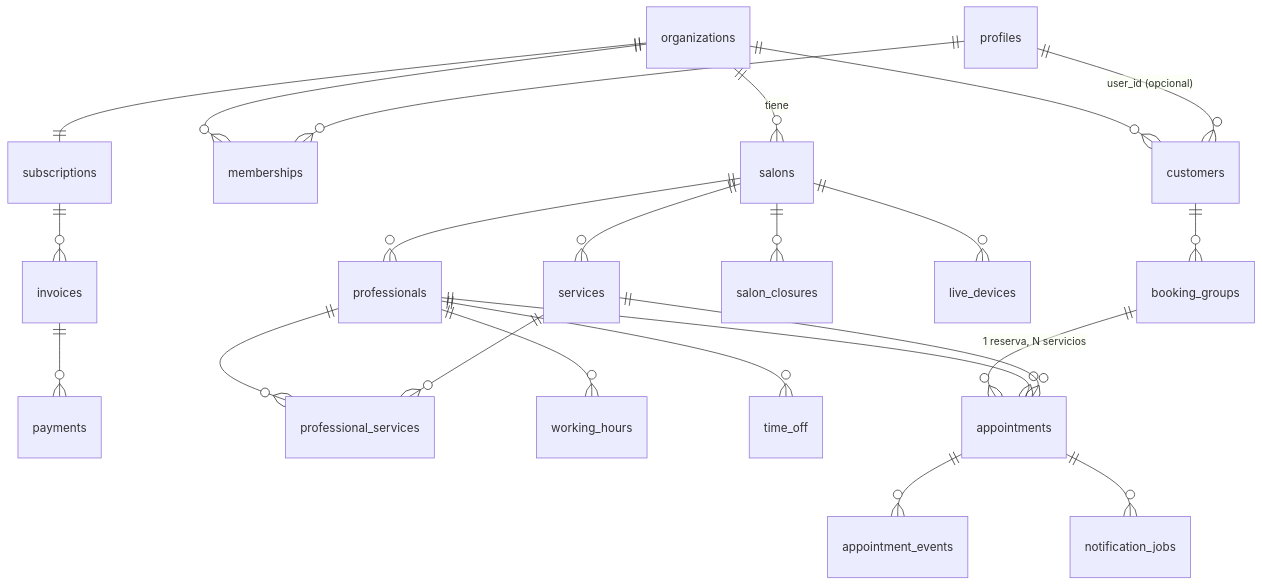
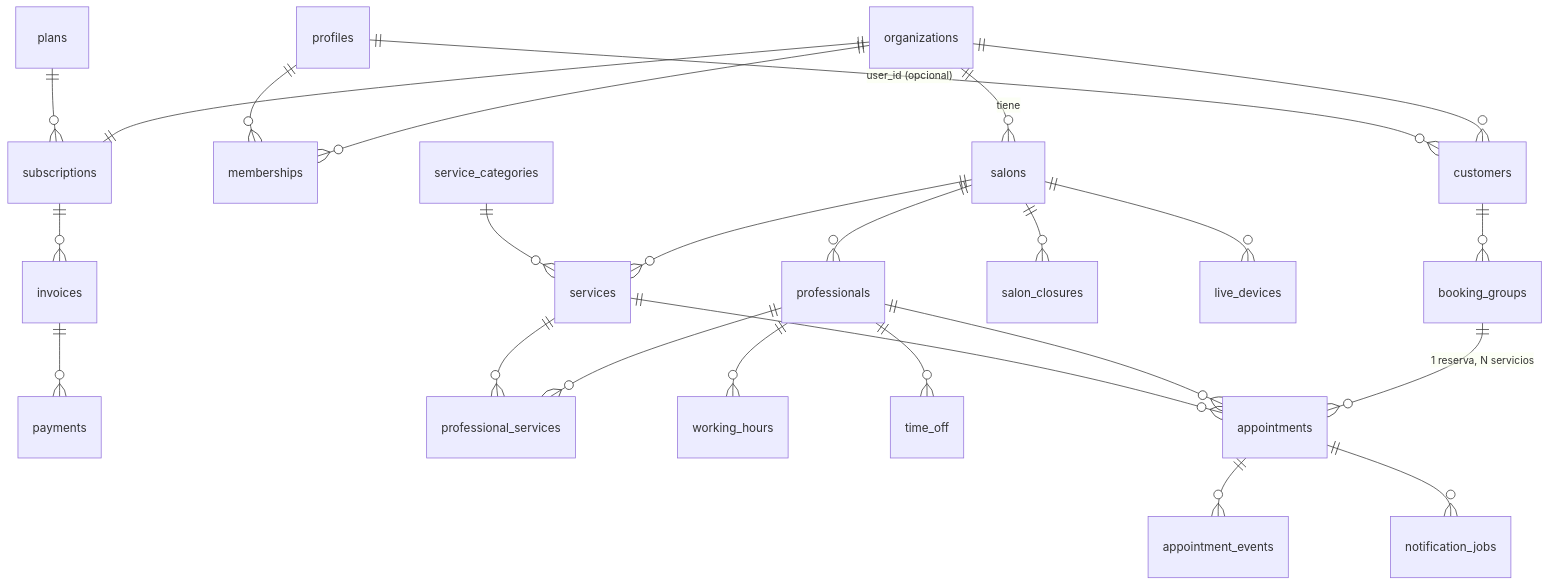
Before and after one commit to psacchristopherfamilia-alt/Breeze: the third of 3 diagrams in docs/PLAN.md, drawn with Mermaid. The commit also changed other lines of this file and 1 other file, not shown here.

````diff
--- a/docs/PLAN.md
+++ b/docs/PLAN.md
@@ -250,25 +254,27 @@
 ```mermaid
 erDiagram
   organizations ||--o{ salons : tiene
   organizations ||--o{ memberships : ""
   organizations ||--o{ customers : ""
   organizations ||--|| subscriptions : ""
   subscriptions ||--o{ invoices : ""
   invoices ||--o{ payments : ""
   profiles ||--o{ memberships : ""
   profiles ||--o{ customers : "user_id (opcional)"
   salons ||--o{ professionals : ""
   salons ||--o{ services : ""
+  service_categories ||--o{ services : ""
+  plans ||--o{ subscriptions : ""
   salons ||--o{ salon_closures : ""
   salons ||--o{ live_devices : ""
   professionals ||--o{ professional_services : ""
   services ||--o{ professional_services : ""
   professionals ||--o{ working_hours : ""
   professionals ||--o{ time_off : ""
   booking_groups ||--o{ appointments : "1 reserva, N servicios"
   customers ||--o{ booking_groups : ""
   professionals ||--o{ appointments : ""
   services ||--o{ appointments : ""
   appointments ||--o{ appointment_events : ""
   appointments ||--o{ notification_jobs : ""
 ```
````
